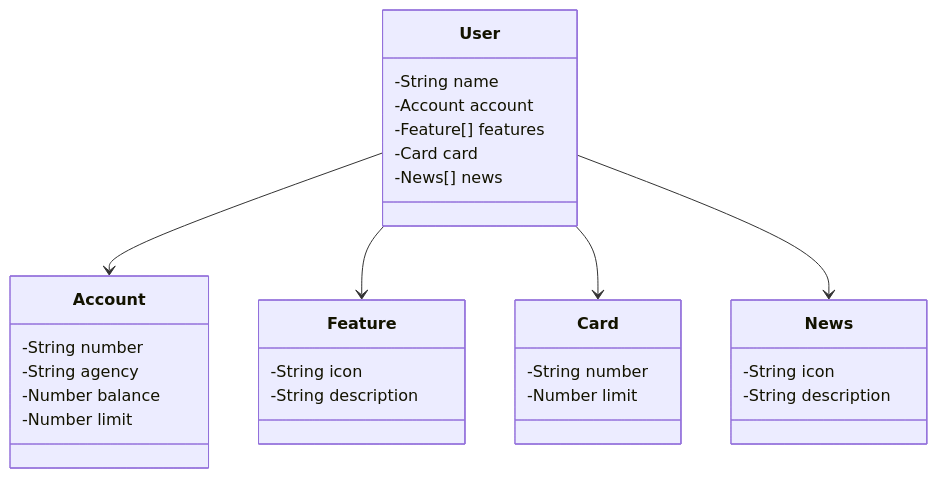
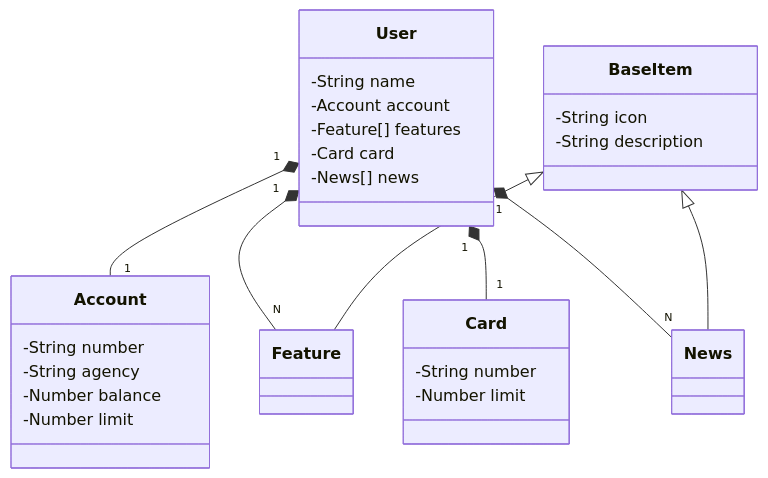
Before and after one commit to Sam09040/santander-dev-week-23: the diagram in README.md, drawn with Mermaid. The commit also changed 9 other files, not shown here.

````diff
--- a/README.md
+++ b/README.md
@@ -6,37 +6,42 @@
 ```mermaid
 classDiagram
     class User {
         -String name
         -Account account
         -Feature[] features
         -Card card
         -News[] news
     }
 
     class Account {
         -String number
         -String agency
         -Number balance
         -Number limit
     }
 
-    class Feature {
+    class BaseItem {
         -String icon
         -String description
+    }
+
+    class Feature {
+        
     }
 
     class Card {
         -String number
         -Number limit
     }
 
     class News {
-        -String icon
-        -String description
+        
     }
 
-    User --> Account
-    User --> Feature
-    User --> Card
-    User --> News
+    User "1" *-- "1" Account
+    User "1" *-- "N" Feature
+    User "1" *-- "1" Card
+    User "1" *-- "N" News
+    BaseItem <|-- Feature
+    BaseItem <|-- News
 ```
````
